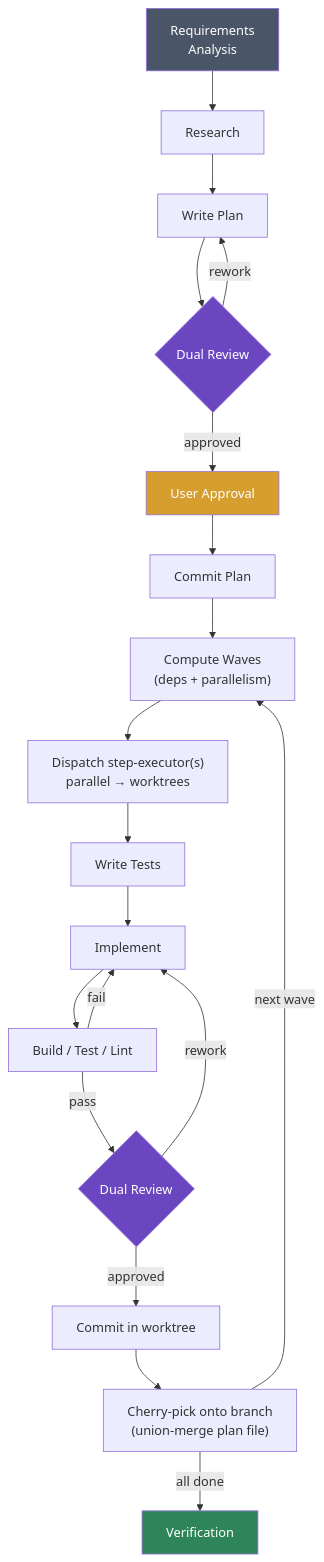
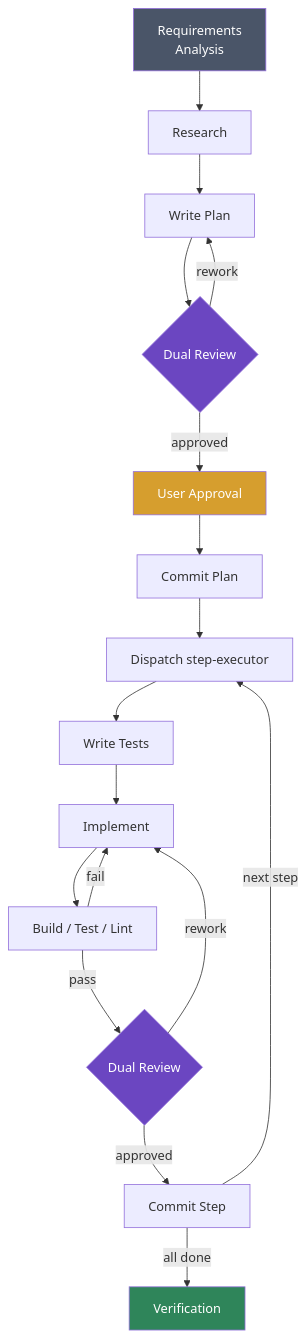
The diagram in README.md (POPFD/claude-sweatshop), drawn with Mermaid before and after one commit. The commit also changed other lines of this file and 4 other files, not shown here.

````diff
--- a/README.md
+++ b/README.md
@@ -76,28 +76,26 @@
 ```mermaid
 flowchart TD
     A["Requirements\nAnalysis"] --> B["Research"]
     B --> C["Write Plan"]
     C --> D{"Dual Review"}
     D -->|rework| C
     D -->|approved| E["User Approval"]
     E --> F["Commit Plan"]
 
-    F --> W["Compute Waves\n(deps + parallelism)"]
-    W --> X["Dispatch step-executor(s)\nparallel → worktrees"]
+    F --> X["Dispatch step-executor"]
     X --> G["Write Tests"]
     G --> H["Implement"]
     H --> I["Build / Test / Lint"]
     I -->|fail| H
     I -->|pass| J{"Dual Review"}
     J -->|rework| H
-    J -->|approved| K["Commit in worktree"]
-    K --> CP["Cherry-pick onto branch\n(union-merge plan file)"]
-    CP -->|next wave| W
-    CP -->|all done| L["Verification"]
+    J -->|approved| K["Commit Step"]
+    K -->|next step| X
+    K -->|all done| L["Verification"]
 
     style A fill:#4a5568,color:#fff
     style L fill:#2f855a,color:#fff
     style D fill:#6b46c1,color:#fff
     style J fill:#6b46c1,color:#fff
     style E fill:#d69e2e,color:#fff
 ```
````
